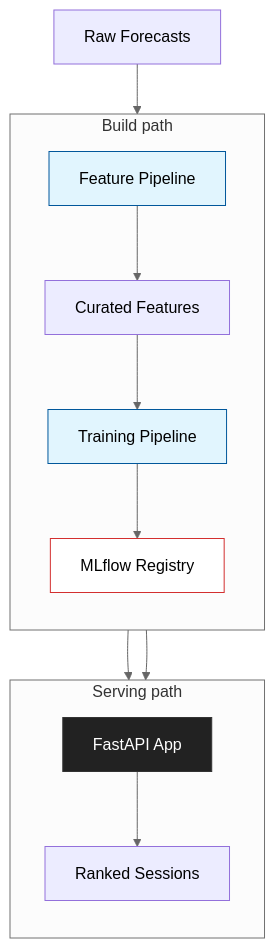
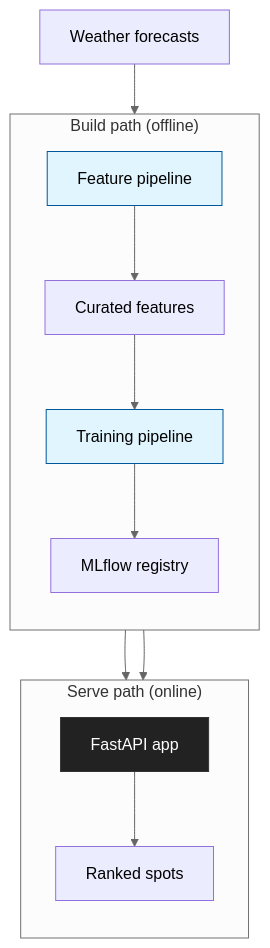
One commit to javihslu/foehncast changed the first of 2 diagrams in docs/site/overview.md. Above: the diagram before and after it, drawn with Mermaid (neutral theme). The commit also changed other lines of this file and 6 other files, not shown here.

```diff
--- a/docs/site/overview.md
+++ b/docs/site/overview.md
@@ -7,30 +9,28 @@
 <div class="mermaid">
 flowchart TD
-  %% Branded colors
+  classDef data fill:#ececff,stroke:#9370db
+  classDef pipeline fill:#e1f5fe,stroke:#01579b
   classDef app fill:#222,stroke:#333,color:#fff
-  classDef data fill:#ececff,stroke:#9370db,color:#000
-  classDef pipeline fill:#e1f5fe,stroke:#01579b,color:#000
-  classDef registry fill:#fff,stroke:#d32f2f,color:#000
 
-  DATA["Raw Forecasts"]:::data
+  DATA["Weather forecasts"]:::data
 
-  subgraph BuildPath ["Build path"]
+  subgraph Build ["Build path (offline)"]
     direction TB
-    FEAT["Feature Pipeline"]:::pipeline
-    CURATED["Curated Features"]:::data
-    TRAIN["Training Pipeline"]:::pipeline
-    REG["MLflow Registry"]:::registry
+    FEAT["Feature pipeline"]:::pipeline
+    CURATED["Curated features"]:::data
+    TRAIN["Training pipeline"]:::pipeline
+    REG["MLflow registry"]:::data
     FEAT --> CURATED --> TRAIN --> REG
   end
 
-  subgraph ServePath ["Serving path"]
+  subgraph Serve ["Serve path (online)"]
     direction TB
-    SERVE["FastAPI App"]:::app
-    RANK["Ranked Sessions"]:::data
-    SERVE --> RANK
+    API["FastAPI app"]:::app
+    RANK["Ranked spots"]:::data
+    API --> RANK
   end
 
   DATA --> FEAT
-  CURATED --> SERVE
-  REG --> SERVE
+  CURATED --> API
+  REG --> API
 </div>
```
